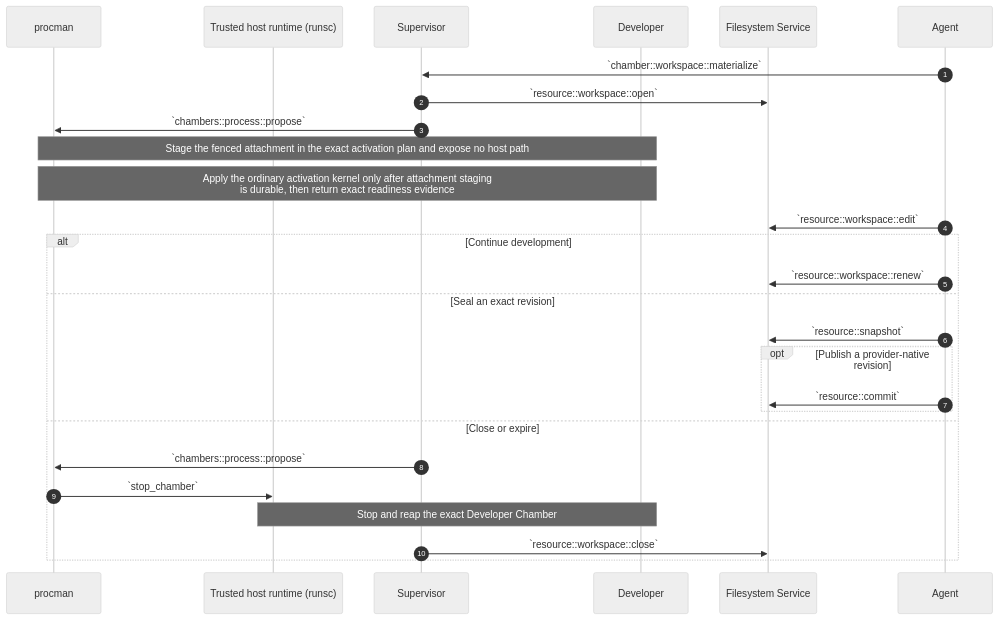
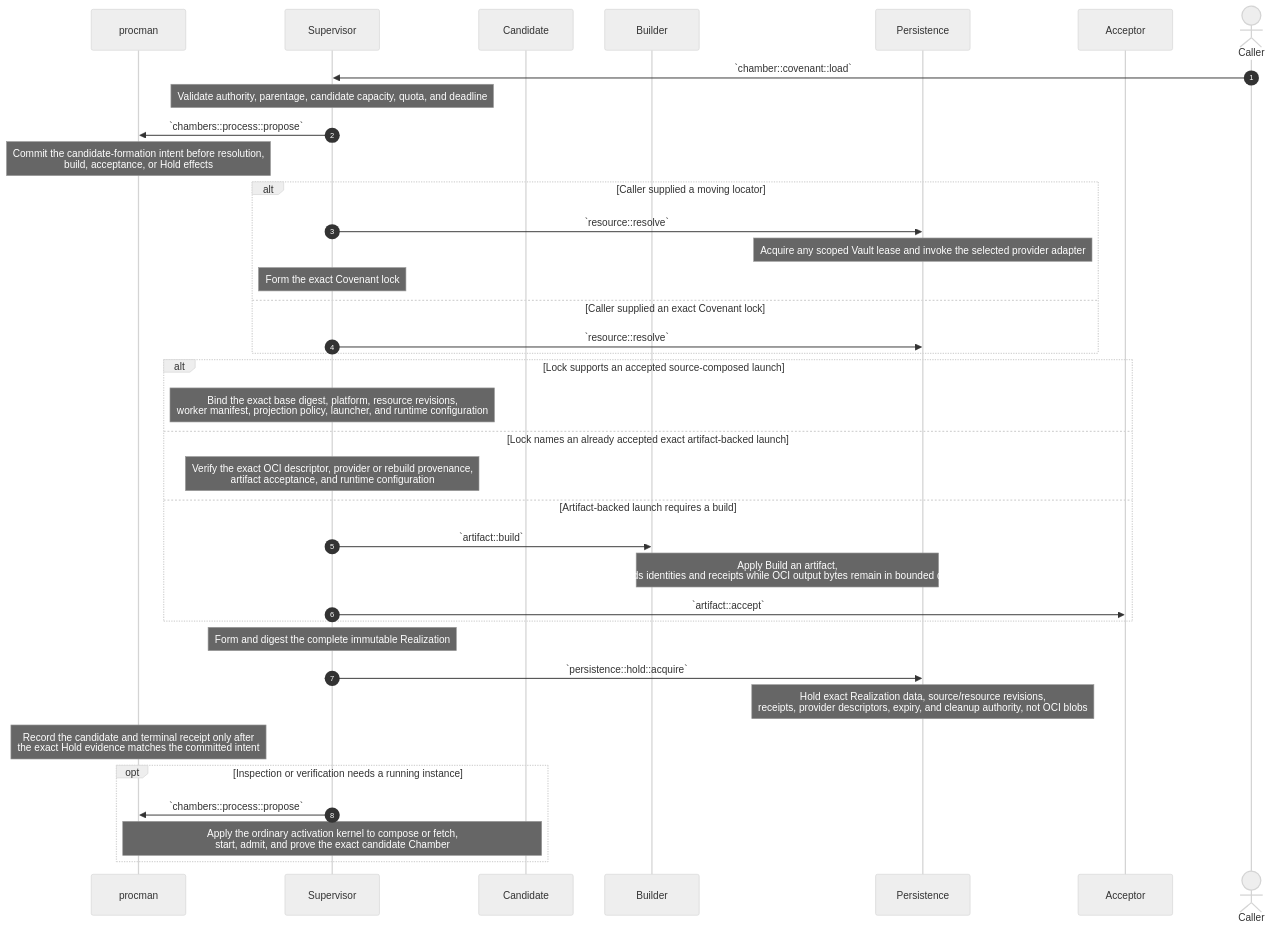
One commit to dreamcatcher-tech/chambers-lifecycle-explorer changed the seventh of 12 diagrams in source/chambers-lifecycle-sequences.md. Above: the diagram before and after it, drawn with Mermaid (neutral theme). The commit also changed other lines of this file and 8 other files, not shown here.

Commit message:
docs: project Persistence and disposable OCI

````diff
--- a/source/chambers-lifecycle-sequences.md
+++ b/source/chambers-lifecycle-sequences.md
@@ -810,31 +924,45 @@
 ```mermaid
 sequenceDiagram
     autonumber
     participant procman
-    participant Runtime as Trusted host runtime (runsc)
     participant Supervisor
-    participant Developer
-    participant Filesystem as Filesystem Service
-    participant Agent
+    participant Candidate
+    participant Builder
+    participant Persistence
+    participant Acceptor
+    actor Caller
 
-    Agent->>Supervisor: `chamber::workspace::materialize`
-    Supervisor->>Filesystem: `resource::workspace::open`
+    Caller->>Supervisor: `chamber::covenant::load`
+    Note over Supervisor: Validate authority, parentage, candidate capacity, quota, and deadline
     Supervisor->>procman: `chambers::process::propose`
-    Note over procman,Developer: Stage the fenced attachment in the exact activation plan and expose no host path
-    Note over procman,Developer: Apply the ordinary activation kernel only after attachment staging<br/>is durable, then return exact readiness evidence
-    Agent->>Filesystem: `resource::workspace::edit`
+    Note over procman: Commit the candidate-formation intent before resolution,<br/>build, acceptance, or Hold effects
 
-    alt Continue development
-        Agent->>Filesystem: `resource::workspace::renew`
-    else Seal an exact revision
-        Agent->>Filesystem: `resource::snapshot`
-        opt Publish a provider-native revision
-            Agent->>Filesystem: `resource::commit`
-        end
-    else Close or expire
+    alt Caller supplied a moving locator
+        Supervisor->>Persistence: `resource::resolve`
+        Note over Persistence: Acquire any scoped Vault lease and invoke the selected provider adapter
+        Note over Supervisor: Form the exact Covenant lock
+    else Caller supplied an exact Covenant lock
+        Supervisor->>Persistence: `resource::resolve`
+    end
+
+    alt Lock supports an accepted source-composed launch
+        Note over Supervisor: Bind the exact base digest, platform, resource revisions,<br/>worker manifest, projection policy, launcher, and runtime configuration
+    else Lock names an already accepted exact artifact-backed launch
+        Note over Supervisor: Verify the exact OCI descriptor, provider or rebuild provenance,<br/>artifact acceptance, and runtime configuration
+    else Artifact-backed launch requires a build
+        Supervisor->>Builder: `artifact::build`
+        Note over Builder,Persistence: Apply Build an artifact,<br/>Persistence records identities and receipts while OCI output bytes remain in bounded disposable staging
+        Supervisor->>Acceptor: `artifact::accept`
+    end
+
+    Note over Supervisor: Form and digest the complete immutable Realization
+    Supervisor->>Persistence: `persistence::hold::acquire`
+    Note over Persistence: Hold exact Realization data, source/resource revisions,<br/>receipts, provider descriptors, expiry, and cleanup authority, not OCI blobs
+    Note over procman: Record the candidate and terminal receipt only after<br/>the exact Hold evidence matches the committed intent
+
+    opt Inspection or verification needs a running instance
         Supervisor->>procman: `chambers::process::propose`
-        procman->>Runtime: `stop_chamber`
-        Note over Runtime,Developer: Stop and reap the exact Developer Chamber
-        Supervisor->>Filesystem: `resource::workspace::close`
+        Note over procman,Candidate: Apply the ordinary activation kernel to compose or fetch,<br/>start, admit, and prove the exact candidate Chamber
     end
+
 ```
````
